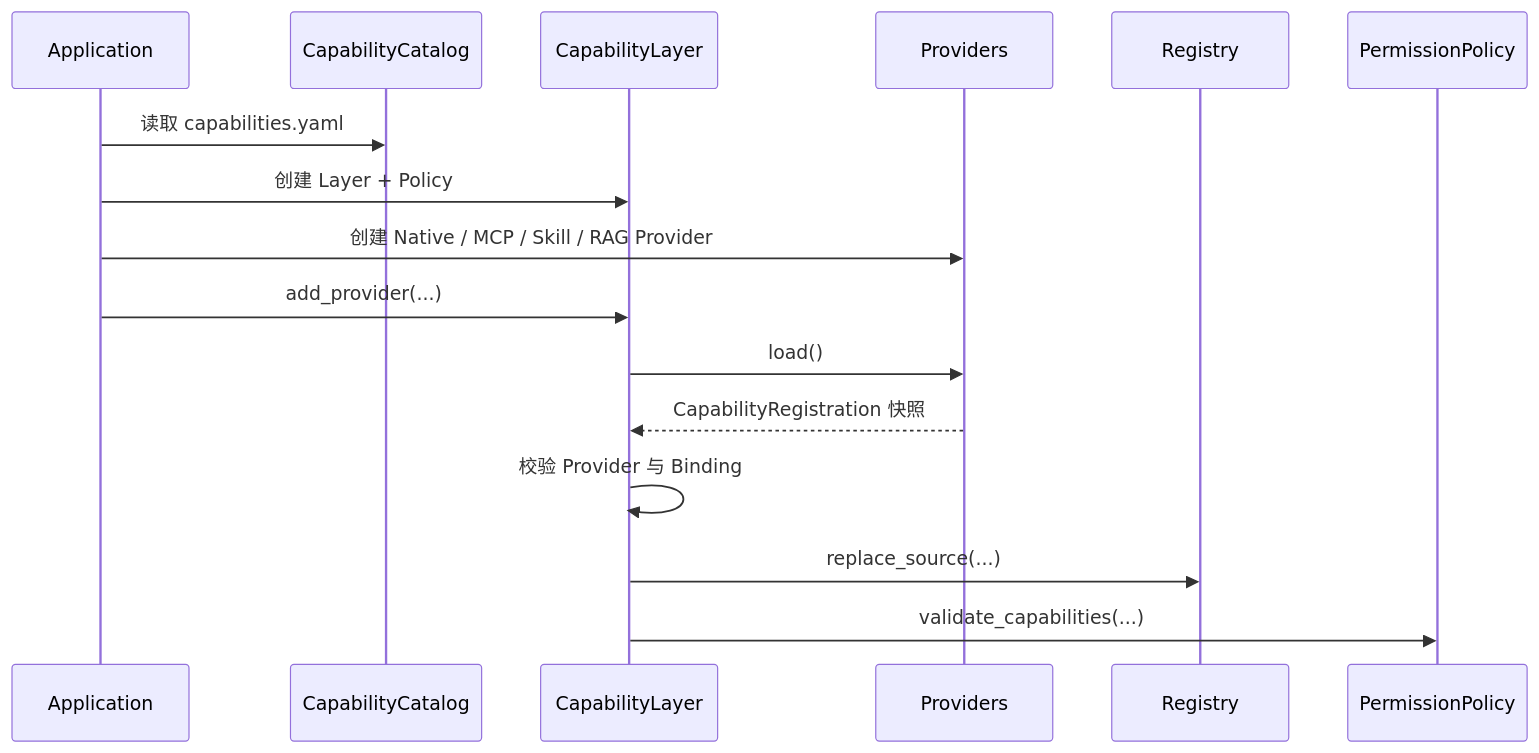
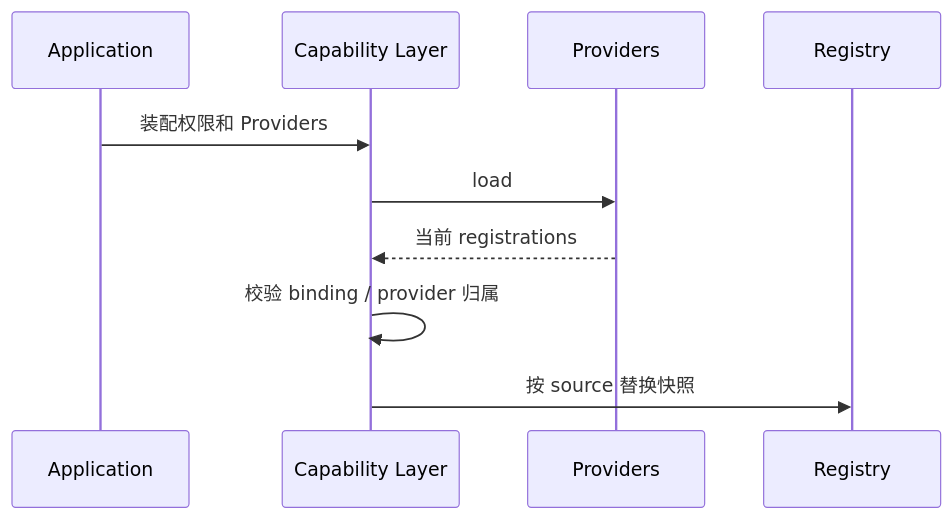
One commit to Arthur999459up/GitAgent changed the fourth of 15 diagrams in docs/05-capability-and-tool-system.md. Above: the diagram before and after it, drawn with Mermaid. The commit also changed other lines of this file and 15 other files, not shown here.

````diff
--- a/docs/05-capability-and-tool-system.md
+++ b/docs/05-capability-and-tool-system.md
@@ -167,19 +98,13 @@
 ```mermaid
 sequenceDiagram
-    participant App as Application
-    participant Cat as CapabilityCatalog
-    participant L as CapabilityLayer
+    participant A as Application
+    participant L as Capability Layer
     participant P as Providers
     participant R as Registry
-    participant Pol as PermissionPolicy
 
-    App->>Cat: 读取 capabilities.yaml
-    App->>L: 创建 Layer + Policy
-    App->>P: 创建 Native / MCP / Skill / RAG Provider
-    App->>L: add_provider(...)
-    L->>P: load()
-    P-->>L: CapabilityRegistration 快照
-    L->>L: 校验 Provider 与 Binding
-    L->>R: replace_source(...)
-    L->>Pol: validate_capabilities(...)
+    A->>L: 装配权限和 Providers
+    L->>P: load
+    P-->>L: 当前 registrations
+    L->>L: 校验 binding / provider 归属
+    L->>R: 按 source 替换快照
 ```
````
